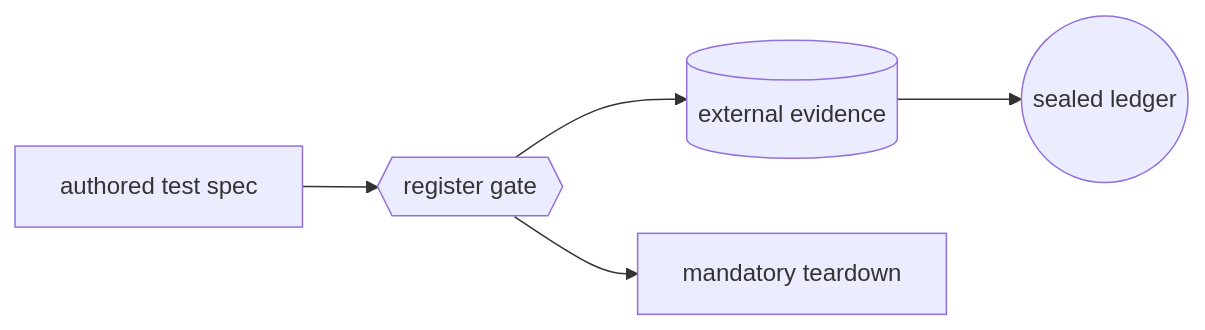
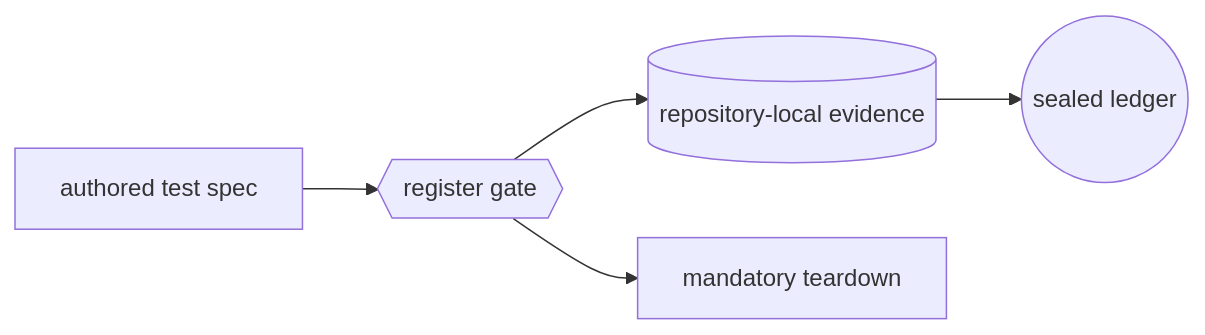
The first of 4 diagrams in documents/engineering/testing_doctrine.md (Tuee22/amoebius), drawn with Mermaid before and after one commit. The commit also changed other lines of this file and 982 other files, not shown here.

````diff
--- a/documents/engineering/testing_doctrine.md
+++ b/documents/engineering/testing_doctrine.md
@@ -46,8 +46,8 @@
 ```mermaid
 flowchart LR
 %% register: orientation
   spec["authored test spec"] --> gate{{"register gate"}}
-  gate --> evidence[("external evidence")]
+  gate --> evidence[("repository-local evidence")]
   evidence --> ledger(("sealed ledger"))
   gate --> teardown["mandatory teardown"]
 ```
````
